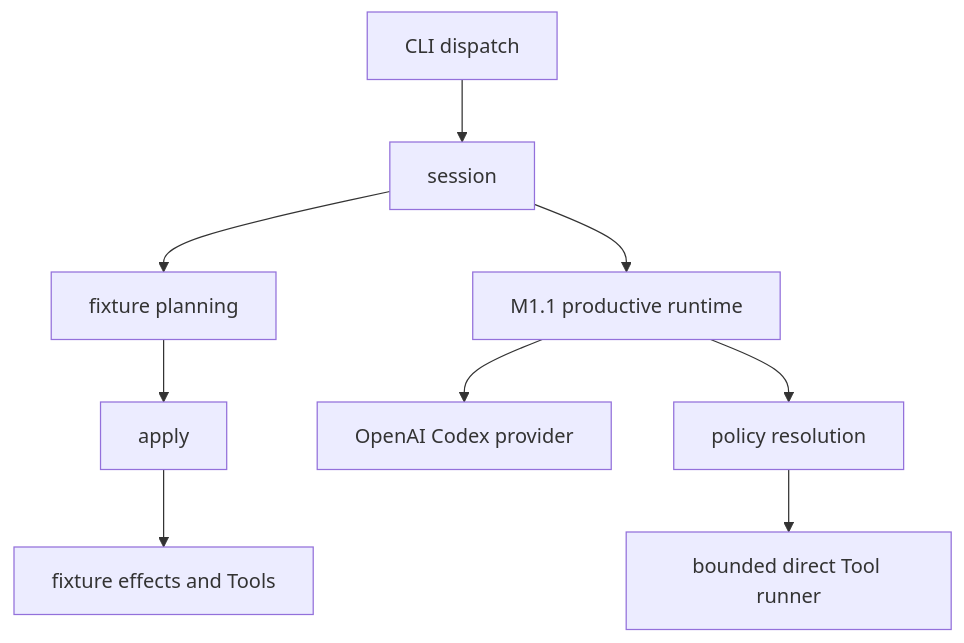
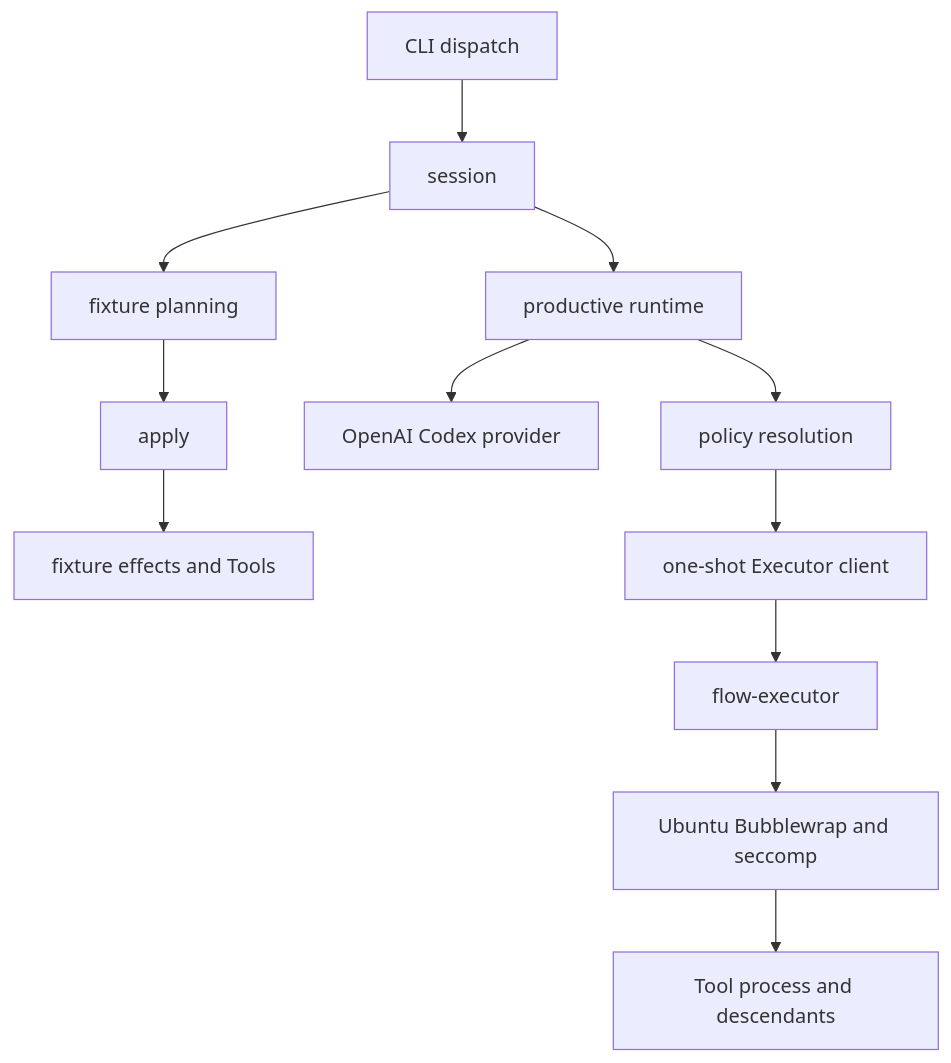
The second of 3 diagrams in docs/architecture.md (Open-Equilibrium/watershed), drawn with Mermaid before and after one commit. The commit also changed other lines of this file and 12 other files, not shown here.

````diff
--- a/docs/architecture.md
+++ b/docs/architecture.md
@@ -30,11 +31,14 @@
 ```mermaid
 flowchart TD
   D[CLI dispatch] --> S[session]
   S --> P[fixture planning]
   P --> A[apply]
   A --> F[fixture effects and Tools]
-  S --> R[M1.1 productive runtime]
+  S --> R[productive runtime]
   R --> O[OpenAI Codex provider]
   R --> Y[policy resolution]
-  Y --> T[bounded direct Tool runner]
+  Y --> E[one-shot Executor client]
+  E --> X[flow-executor]
+  X --> B[Ubuntu Bubblewrap and seccomp]
+  B --> T[Tool process and descendants]
 ```
````
